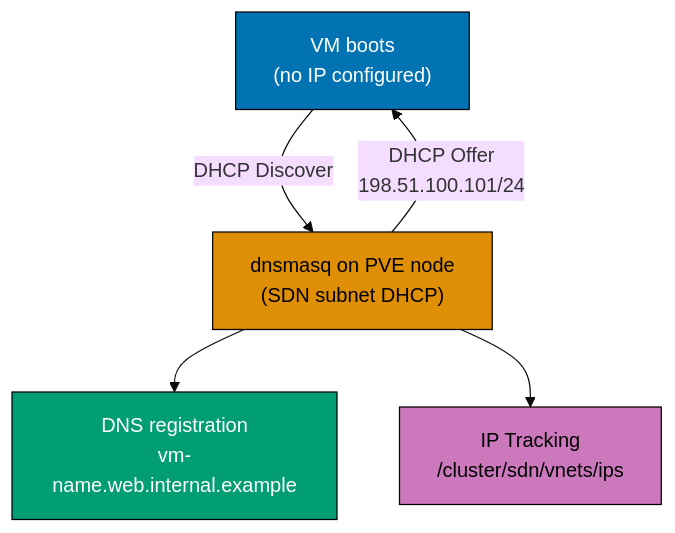
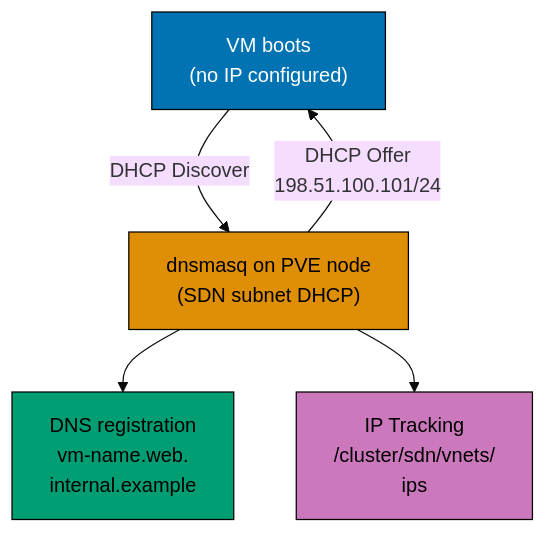
One commit to wahidyankf/ose-public changed diagram 12 of 12 in apps/ayokoding-www/content/en/learn/legacy/software-engineering/infrastructure/tools/proxmox/by-example/advanced.md. Above: the diagram before and after it, drawn with Mermaid (base theme). The commit also changed other lines of this file and 131 other files, not shown here.

First line of the commit message:
fix(mermaid): bring the legacy data, infrastructure, and testing diagrams onto the accessible palette

````diff
--- a/apps/ayokoding-www/content/en/learn/legacy/software-engineering/infrastructure/tools/proxmox/by-example/advanced.md
+++ b/apps/ayokoding-www/content/en/learn/legacy/software-engineering/infrastructure/tools/proxmox/by-example/advanced.md
@@ -2190,13 +2268,20 @@
 ```mermaid
 %% Color Palette: Blue #0173B2, Orange #DE8F05, Teal #029E73, Purple #CC78BC, Brown #CA9161
 graph TD
+    accTitle: Example 84: Configure SDN with DHCP IP Management
+    accDescr: Graph with 4 nodes and 4 connections. Nodes: VM boots (no IP configured), dnsmasq on PVE node (SDN subnet DHCP), DNS registration vm-name.web. internal.example, IP Tracking /cluster/sdn/vnets/ ips. Connections: VM boots (no IP configured) to dnsmasq on PVE node (SDN subnet DHCP) (DHCP Discover), dnsmasq on PVE node (SDN subnet DHCP) to VM boots (no IP configured) (DHCP Offer 198.51.100.101/24), dnsmasq on PVE node (SDN subnet DHCP) to DNS registration vm-name.web. internal.example, dnsmasq on PVE node (SDN subnet DHCP) to IP Tracking /cluster/sdn/vnets/ ips.
     A["VM boots<br/>(no IP configured)"] -->|"DHCP Discover"| B["dnsmasq on PVE node<br/>(SDN subnet DHCP)"]
     B -->|"DHCP Offer<br/>198.51.100.101/24"| A
-    B --> C["DNS registration<br/>vm-name.web.internal.example"]
-    B --> D["IP Tracking<br/>/cluster/sdn/vnets/ips"]
+    B --> C["DNS registration<br/>vm-name.web.<br/>internal.example"]
+    B --> D["IP Tracking<br/>/cluster/sdn/vnets/<br/>ips"]
 
-    style A fill:#0173B2,color:#fff,stroke:#000
-    style B fill:#DE8F05,color:#000,stroke:#000
-    style C fill:#029E73,color:#fff,stroke:#000
-    style D fill:#CC78BC,color:#000,stroke:#000
+    classDef pal-0173B2 fill:#0173B2,stroke:#000000,color:#FFFFFF
+    class A pal-0173B2
+    classDef pal-DE8F05 fill:#DE8F05,stroke:#000000,color:#000000
+    class B pal-DE8F05
+    classDef pal-029E73 fill:#029E73,stroke:#000000,color:#000000
+    class C pal-029E73
+    classDef pal-CC78BC fill:#CC78BC,stroke:#000000,color:#000000
+    class D pal-CC78BC
+    classDef default fill:#FFFFFF,stroke:#000000,color:#000000
 ```
````
